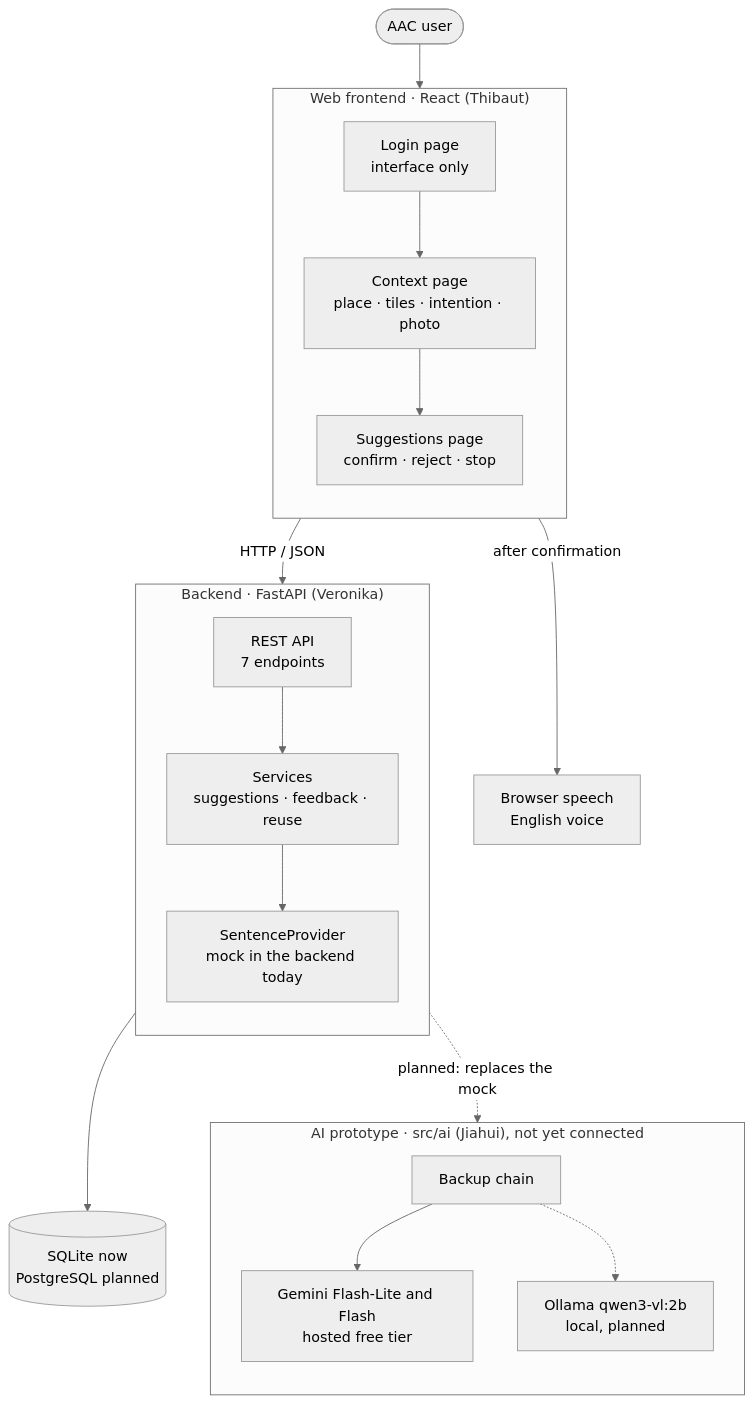
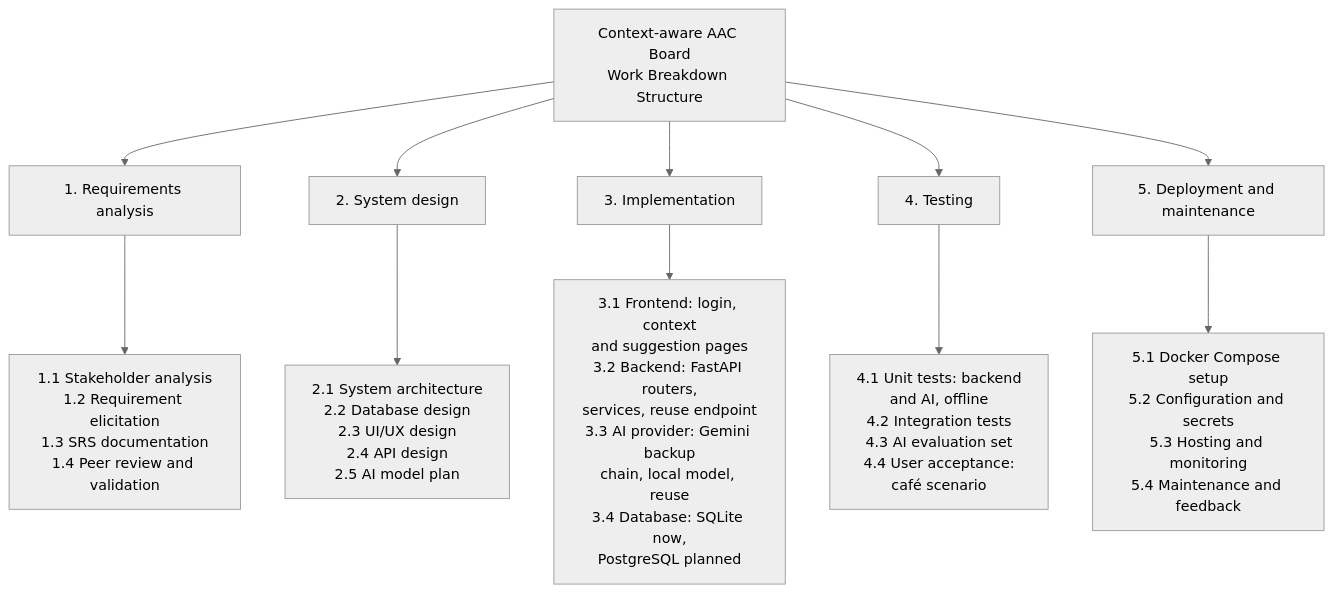
The first of 4 diagrams in docs/requirements/SRS.md (bhsei/26B), drawn with Mermaid (neutral theme) before and after one commit. The commit also changed other lines of this file, not shown here.

Commit message:
W7 - SRS v0.4; Markdown edition of Abid's v0.3 with the same structure and requirements, Figures 1-4 redrawn in Mermaid, AI parts corrected against the implementation and a specific rationale for every requirement

````diff
--- a/docs/requirements/SRS.md
+++ b/docs/requirements/SRS.md
@@ -128,36 +182,14 @@
 ```mermaid
 flowchart TB
-    U([AAC user]) --> FE
-
-    subgraph FE["Web frontend · React (Thibaut)"]
-        direction TB
-        P1[Login page<br/>interface only]
-        P2[Context page<br/>place · tiles · intention · photo]
-        P3[Suggestions page<br/>confirm · reject · stop]
-        P1 --> P2 --> P3
-    end
-
-    FE -- "HTTP / JSON" --> API
-
-    subgraph BE["Backend · FastAPI (Veronika)"]
-        direction TB
-        API[REST API<br/>7 endpoints]
-        SVC[Services<br/>suggestions · feedback · reuse]
-        SP[SentenceProvider<br/>mock in the backend today]
-        API --> SVC --> SP
-    end
-
-    SVC --> DB[("SQLite now<br/>PostgreSQL planned")]
-    FE -- "after confirmation" --> TTS[Browser speech<br/>English voice]
-
-    subgraph AI["AI prototype · src/ai (Jiahui), not yet connected"]
-        direction TB
-        CH[Backup chain]
-        G[Gemini Flash-Lite and Flash<br/>hosted free tier]
-        O[Ollama qwen3-vl:2b<br/>local, planned]
-        CH --> G
-        CH -.-> O
-    end
-
-    SP -. "planned: replaces the mock" .-> CH
+    ROOT[Context-aware AAC Board<br/>Work Breakdown Structure]
+    ROOT --> P1[1. Requirements analysis]
+    ROOT --> P2[2. System design]
+    ROOT --> P3[3. Implementation]
+    ROOT --> P4[4. Testing]
+    ROOT --> P5[5. Deployment and maintenance]
+    P1 --> P11[1.1 Stakeholder analysis<br/>1.2 Requirement elicitation<br/>1.3 SRS documentation<br/>1.4 Peer review and validation]
+    P2 --> P21[2.1 System architecture<br/>2.2 Database design<br/>2.3 UI/UX design<br/>2.4 API design<br/>2.5 AI model plan]
+    P3 --> P31[3.1 Frontend: login, context<br/>and suggestion pages<br/>3.2 Backend: FastAPI routers,<br/>services, reuse endpoint<br/>3.3 AI provider: Gemini backup<br/>chain, local model, reuse<br/>3.4 Database: SQLite now,<br/>PostgreSQL planned]
+    P4 --> P41[4.1 Unit tests: backend<br/>and AI, offline<br/>4.2 Integration tests<br/>4.3 AI evaluation set<br/>4.4 User acceptance:<br/>café scenario]
+    P5 --> P51[5.1 Docker Compose setup<br/>5.2 Configuration and secrets<br/>5.3 Hosting and monitoring<br/>5.4 Maintenance and feedback]
 ```
````
